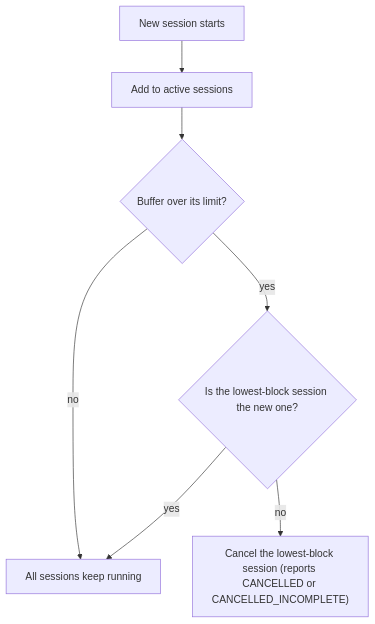
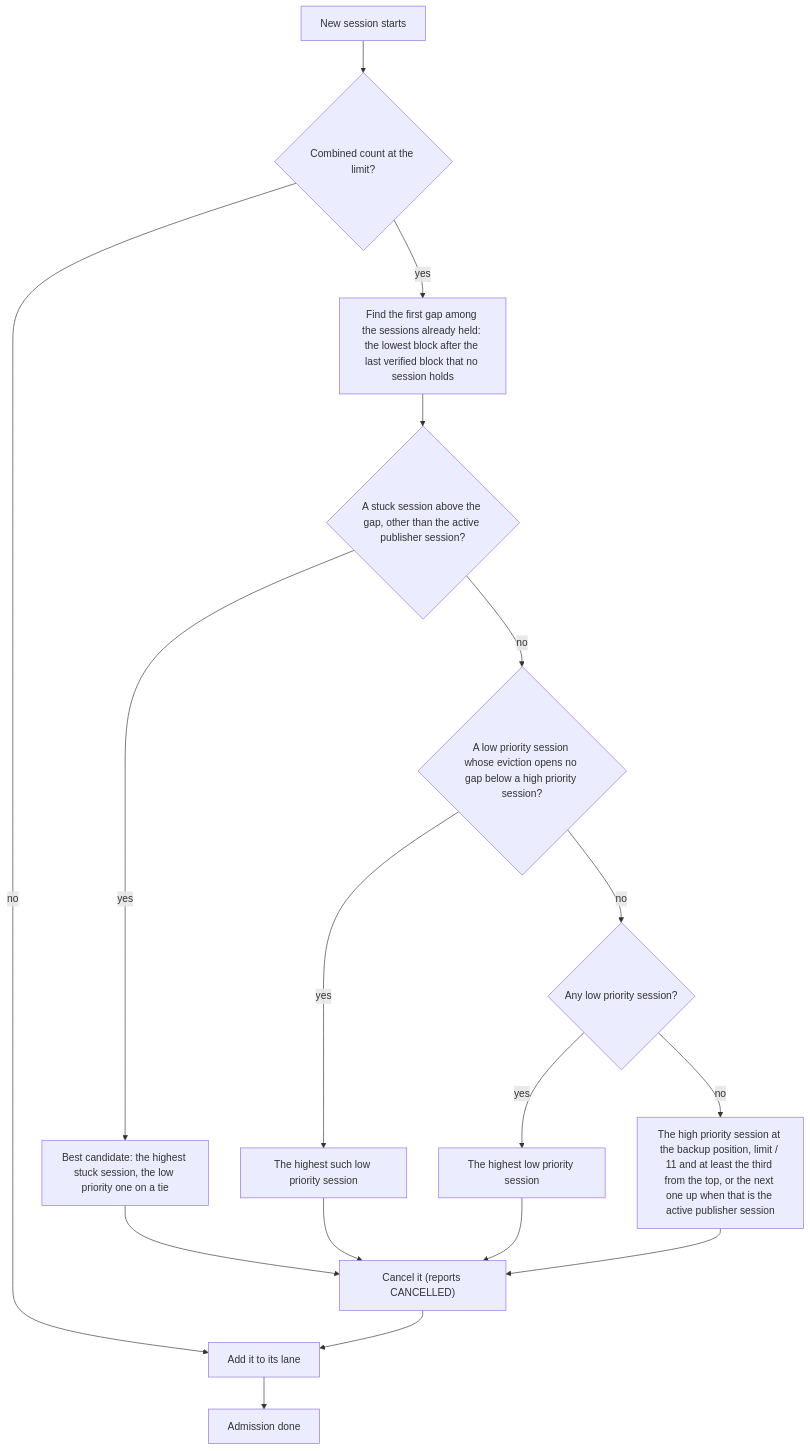
The fifth of 5 diagrams in block-node/design/block-verification.md (hiero-ledger/hiero-docs), drawn with Mermaid before and after one commit. The commit also changed other lines of this file and 13 other files, not shown here.

````diff
--- a/block-node/design/block-verification.md
+++ b/block-node/design/block-verification.md
@@ -350,9 +502,19 @@
 ```mermaid
 flowchart TD
-    NS[New session starts] --> ADD[Add to active sessions]
-    ADD --> FULL{Buffer over its limit?}
-    FULL -- no --> RUN[All sessions keep running]
-    FULL -- yes --> LOW{"Is the lowest-block session the new one?"}
-    LOW -- no --> CANCEL["Cancel the lowest-block session (reports CANCELLED or CANCELLED_INCOMPLETE)"]
-    LOW -- yes --> RUN
+    NS[New session starts] --> FULL{"Combined count at the limit?"}
+    FULL -- no --> ADD[Add it to its lane]
+    FULL -- yes --> GAP["Find the first gap among the sessions already held: the lowest block after the last verified block that no session holds"]
+    GAP --> STUCK{"A stuck session above the gap, other than the active publisher session?"}
+    STUCK -- yes --> C1["Best candidate: the highest stuck session, the low priority one on a tie"]
+    STUCK -- no --> LOW{"A low priority session whose eviction opens no gap below a high priority session?"}
+    LOW -- yes --> C2["The highest such low priority session"]
+    LOW -- no --> ANYLOW{"Any low priority session?"}
+    ANYLOW -- yes --> C3["The highest low priority session"]
+    ANYLOW -- no --> C4["The high priority session at the backup position, limit / 11 and at least the third from the top, or the next one up when that is the active publisher session"]
+    C1 --> CANCEL["Cancel it (reports CANCELLED)"]
+    C2 --> CANCEL
+    C3 --> CANCEL
+    C4 --> CANCEL
+    CANCEL --> ADD
+    ADD --> RUN[Admission done]
 ```
````
